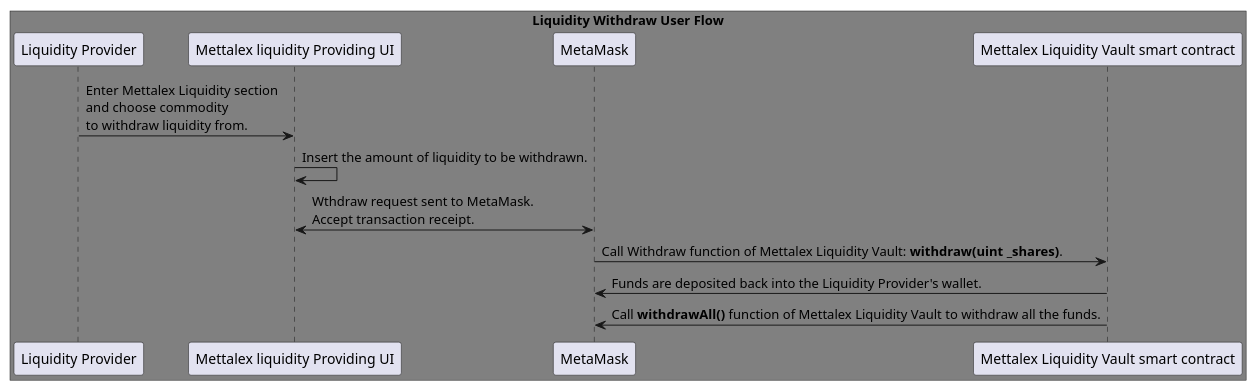
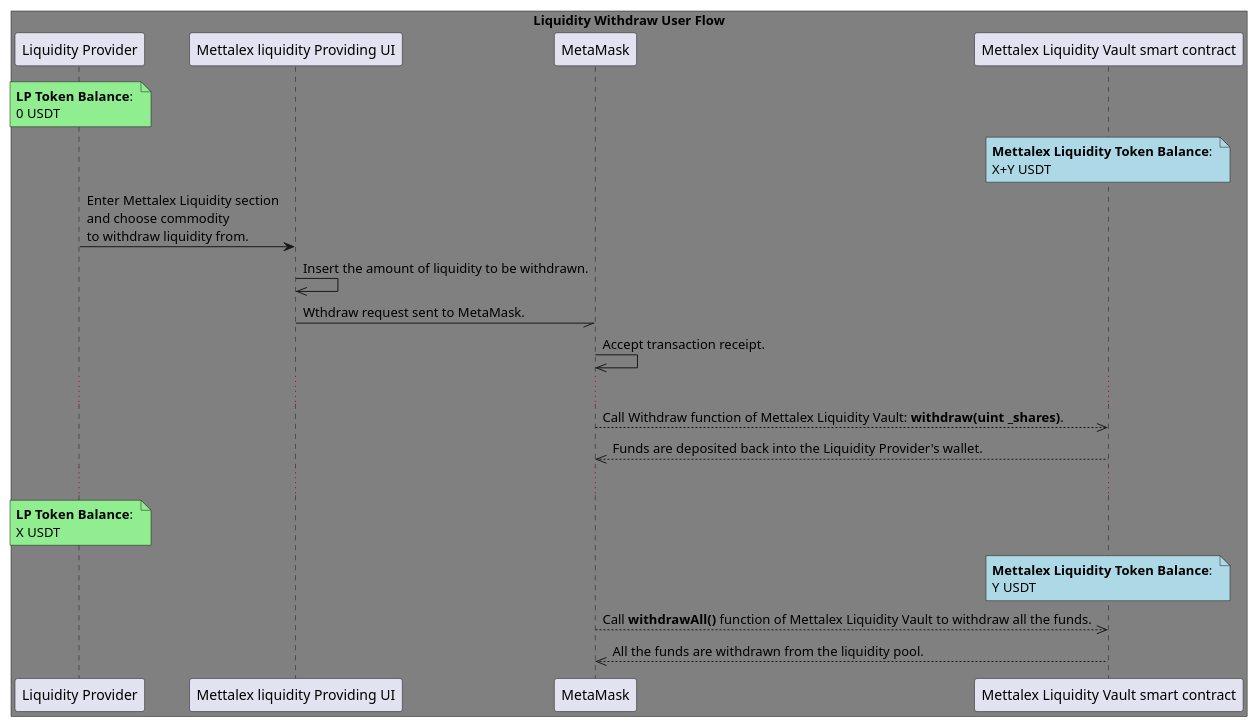
The diagram in PlantUML and png diagrams/Withdraw APIs.puml (fetchai/mettalex-documentation), drawn with PlantUML before and after one commit. The commit also changed 4 other files, not shown here.

Commit message:
PlantUML Diagrams

```diff
--- a/PlantUML and png diagrams/Withdraw APIs.puml
+++ b/PlantUML and png diagrams/Withdraw APIs.puml
@@ -1,18 +1,29 @@
 @startuml
 
 box "Liquidity Withdraw User Flow" #grey
 participant "Liquidity Provider" as LP
 participant "Mettalex liquidity Providing UI" as LPUI
 participant "MetaMask" as MM
 participant "Mettalex Liquidity Vault smart contract" as LVSM
 
 end box
 
+note over LP #lightgreen: **LP Token Balance**: \n0 USDT
+note over LVSM #lightblue: **Mettalex Liquidity Token Balance**: \nX+Y USDT
+
 LP -> LPUI: Enter Mettalex Liquidity section\nand choose commodity\nto withdraw liquidity from.
-LPUI -> LPUI: Insert the amount of liquidity to be withdrawn.
-LPUI <-> MM: Wthdraw request sent to MetaMask.\nAccept transaction receipt.
-MM -> LVSM: Call Withdraw function of Mettalex Liquidity Vault: **withdraw(uint _shares)**.
-LVSM -> MM: Funds are deposited back into the Liquidity Provider's wallet.
-LVSM -> MM: Call **withdrawAll()** function of Mettalex Liquidity Vault to withdraw all the funds.
+LPUI ->> LPUI: Insert the amount of liquidity to be withdrawn.
+LPUI -// MM: Wthdraw request sent to MetaMask.
+MM ->> MM: Accept transaction receipt.
+...
+MM -->> LVSM: Call Withdraw function of Mettalex Liquidity Vault: **withdraw(uint _shares)**.
+LVSM -->> MM: Funds are deposited back into the Liquidity Provider's wallet.
+...
+
+note over LP #lightgreen: **LP Token Balance**: \nX USDT
+note over LVSM #lightblue: **Mettalex Liquidity Token Balance**: \nY USDT
+
+MM -->> LVSM: Call **withdrawAll()** function of Mettalex Liquidity Vault to withdraw all the funds.
+LVSM -->> MM: All the funds are withdrawn from the liquidity pool.
 
 @enduml
```
